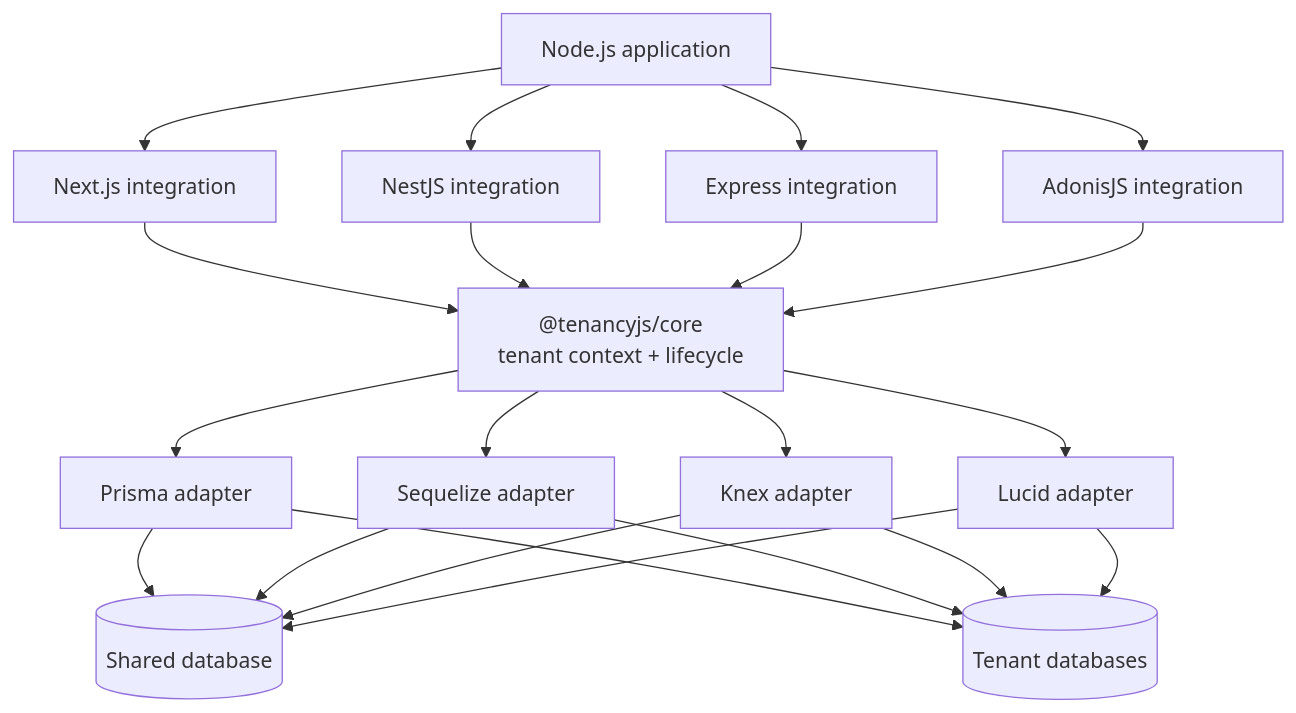
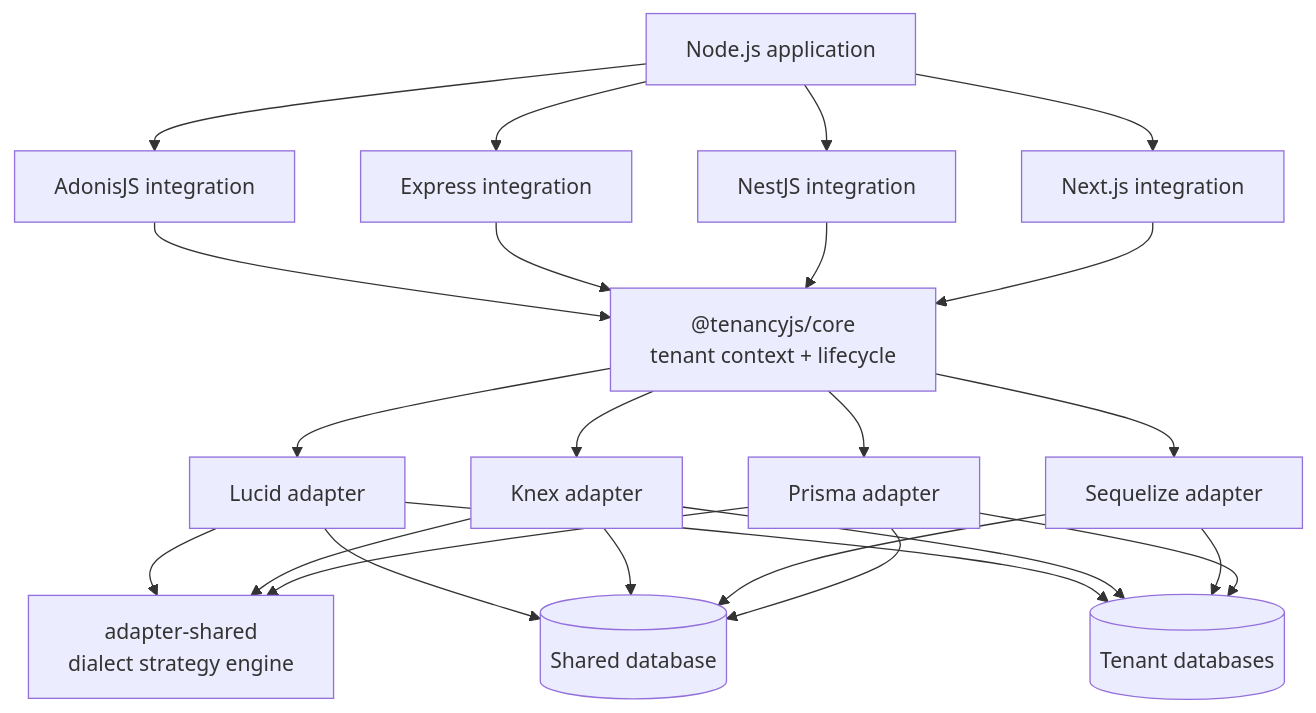
One commit to Karthick-Ramachandran/TenancyJS changed the diagram in README.md. Above: the diagram before and after it, drawn with Mermaid. The commit also changed other lines of this file and 76 other files, not shown here.

First line of the commit message:
Shared Postgres strategy engine + schema-per-tenant (Knex/Lucid) + tenant resource cache (#15)

````diff
--- a/README.md
+++ b/README.md
@@ -159,20 +179,22 @@
 ```mermaid
 flowchart TB
   App[Node.js application]
   Next[Next.js integration]
   Nest[NestJS integration]
   Express[Express integration]
   Adonis[AdonisJS integration]
   Core["@tenancyjs/core<br/>tenant context + lifecycle"]
   Prisma[Prisma adapter]
   Sequelize[Sequelize adapter]
   Knex[Knex adapter]
   Lucid[Lucid adapter]
+  AdapterShared["adapter-shared<br/>dialect strategy engine"]
   Shared[(Shared database)]
   Dedicated[(Tenant databases)]
 
   App --> Next & Nest & Express & Adonis
   Next & Nest & Express & Adonis --> Core
   Core --> Prisma & Sequelize & Knex & Lucid
+  Prisma & Knex & Lucid --> AdapterShared
   Prisma & Sequelize & Knex & Lucid --> Shared & Dedicated
 ```
````
